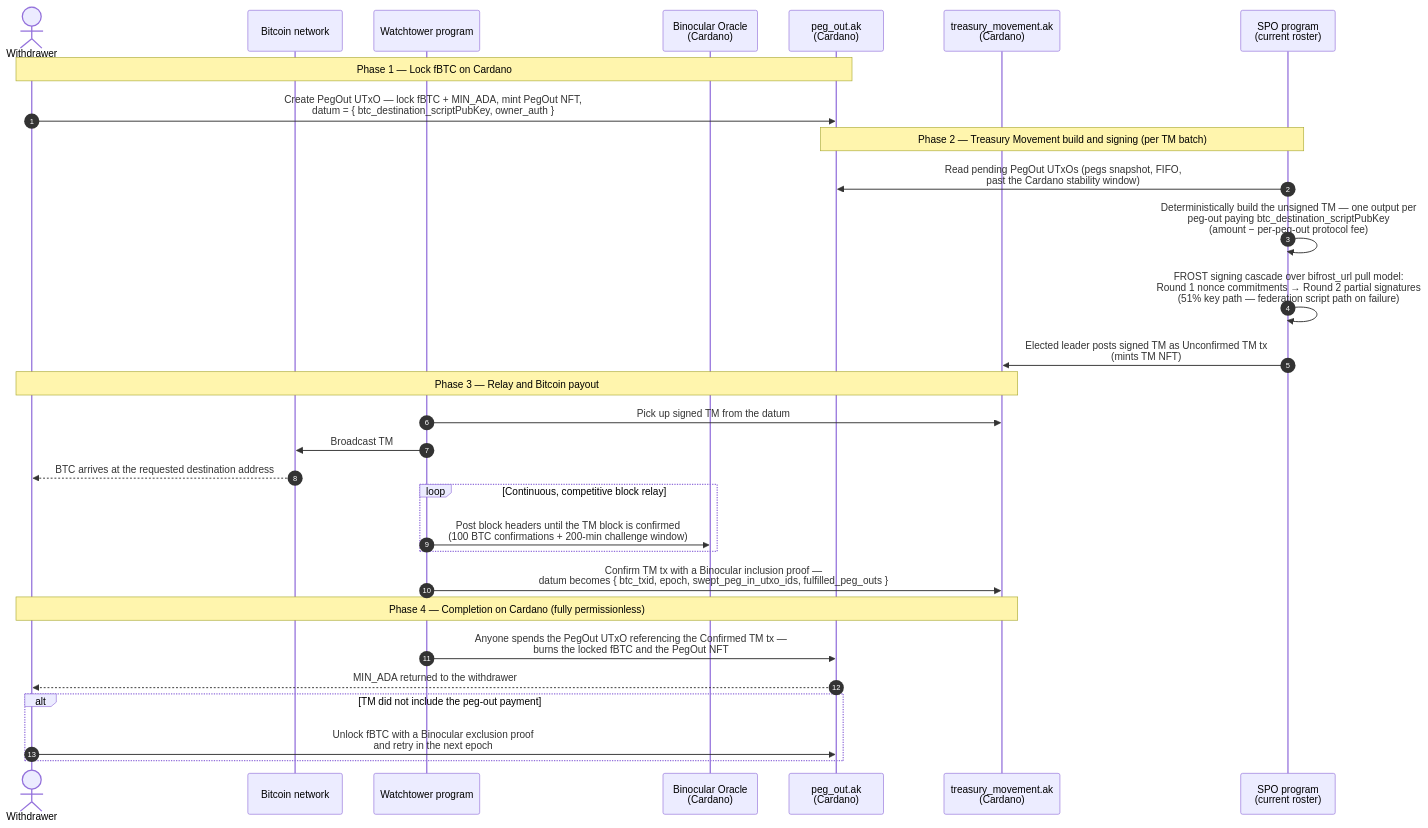
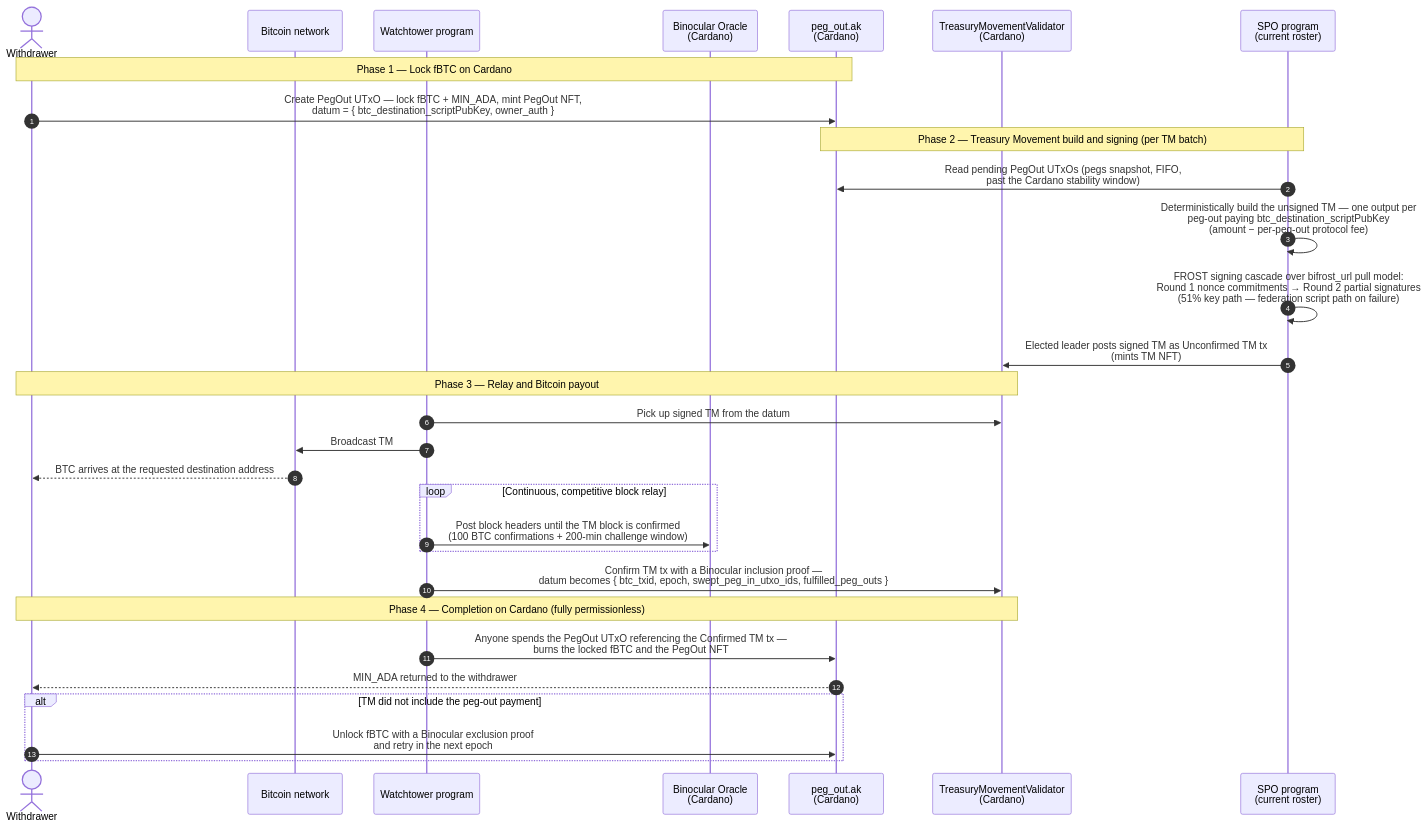
The eighth of 19 diagrams in documentation/technical_documentation.md (FluidTokens/ft-bifrost-bridge), drawn with Mermaid before and after one commit. The commit also changed other lines of this file and 8 other files, not shown here.

````diff
--- a/documentation/technical_documentation.md
+++ b/documentation/technical_documentation.md
@@ -1233,37 +1227,37 @@
 ```mermaid
 sequenceDiagram
     autonumber
     actor Wdr as Withdrawer
     participant BTC as Bitcoin network
     participant WT as Watchtower program
     participant Bin as Binocular Oracle<br/>(Cardano)
     participant POUT as peg_out.ak<br/>(Cardano)
-    participant TMC as treasury_movement.ak<br/>(Cardano)
+    participant TMC as TreasuryMovementValidator<br/>(Cardano)
     participant SPO as SPO program<br/>(current roster)
 
     Note over Wdr,POUT: Phase 1 — Lock fBTC on Cardano
     Wdr->>POUT: Create PegOut UTxO — lock fBTC + MIN_ADA, mint PegOut NFT,<br/>datum = { btc_destination_scriptPubKey, owner_auth }
 
     Note over POUT,SPO: Phase 2 — Treasury Movement build and signing (per TM batch)
     SPO->>POUT: Read pending PegOut UTxOs (pegs snapshot, FIFO,<br/>past the Cardano stability window)
     SPO->>SPO: Deterministically build the unsigned TM — one output per<br/>peg-out paying btc_destination_scriptPubKey<br/>(amount − per-peg-out protocol fee)
     SPO->>SPO: FROST signing cascade over bifrost_url pull model:<br/>Round 1 nonce commitments → Round 2 partial signatures<br/>(51% key path — federation script path on failure)
     SPO->>TMC: Elected leader posts signed TM as Unconfirmed TM tx<br/>(mints TM NFT)
 
     Note over Wdr,TMC: Phase 3 — Relay and Bitcoin payout
     WT->>TMC: Pick up signed TM from the datum
     WT->>BTC: Broadcast TM
     BTC-->>Wdr: BTC arrives at the requested destination address
     loop Continuous, competitive block relay
         WT->>Bin: Post block headers until the TM block is confirmed<br/>(100 BTC confirmations + 200-min challenge window)
     end
     WT->>TMC: Confirm TM tx with a Binocular inclusion proof —<br/>datum becomes { btc_txid, epoch, swept_peg_in_utxo_ids, fulfilled_peg_outs }
 
     Note over Wdr,TMC: Phase 4 — Completion on Cardano (fully permissionless)
     WT->>POUT: Anyone spends the PegOut UTxO referencing the Confirmed TM tx —<br/>burns the locked fBTC and the PegOut NFT
     POUT-->>Wdr: MIN_ADA returned to the withdrawer
 
     alt TM did not include the peg-out payment
         Wdr->>POUT: Unlock fBTC with a Binocular exclusion proof<br/>and retry in the next epoch
     end
 ```
````
